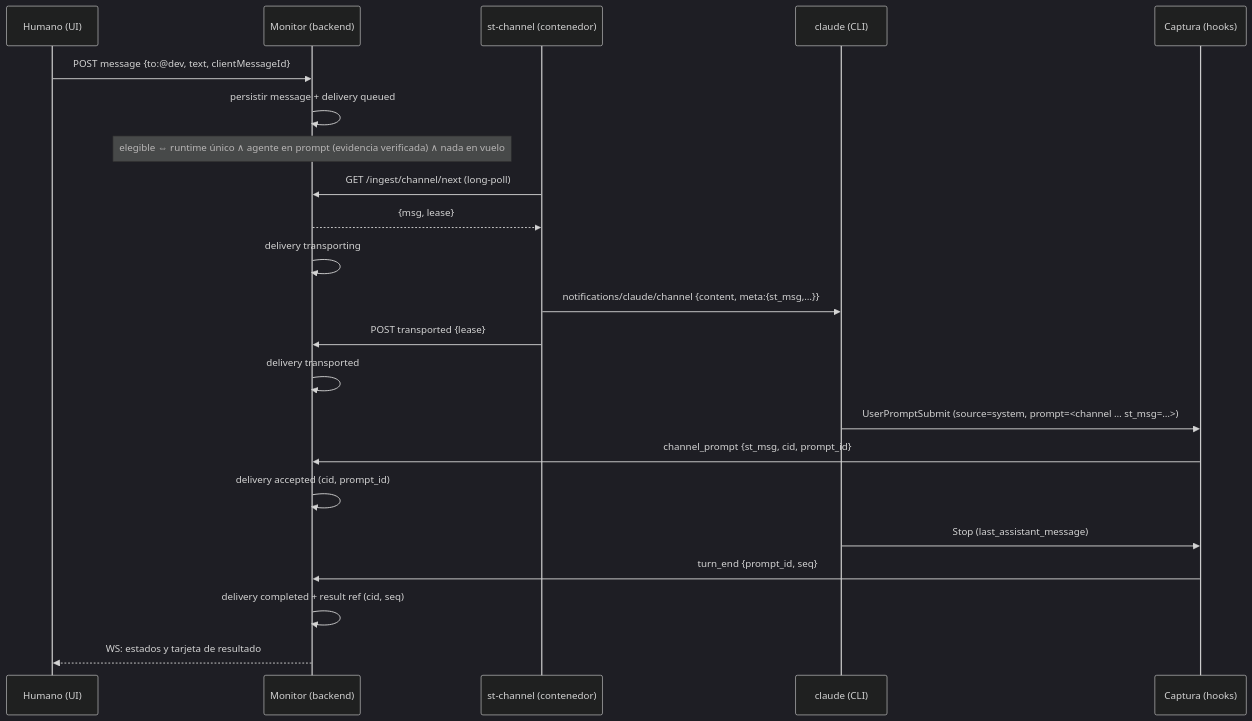
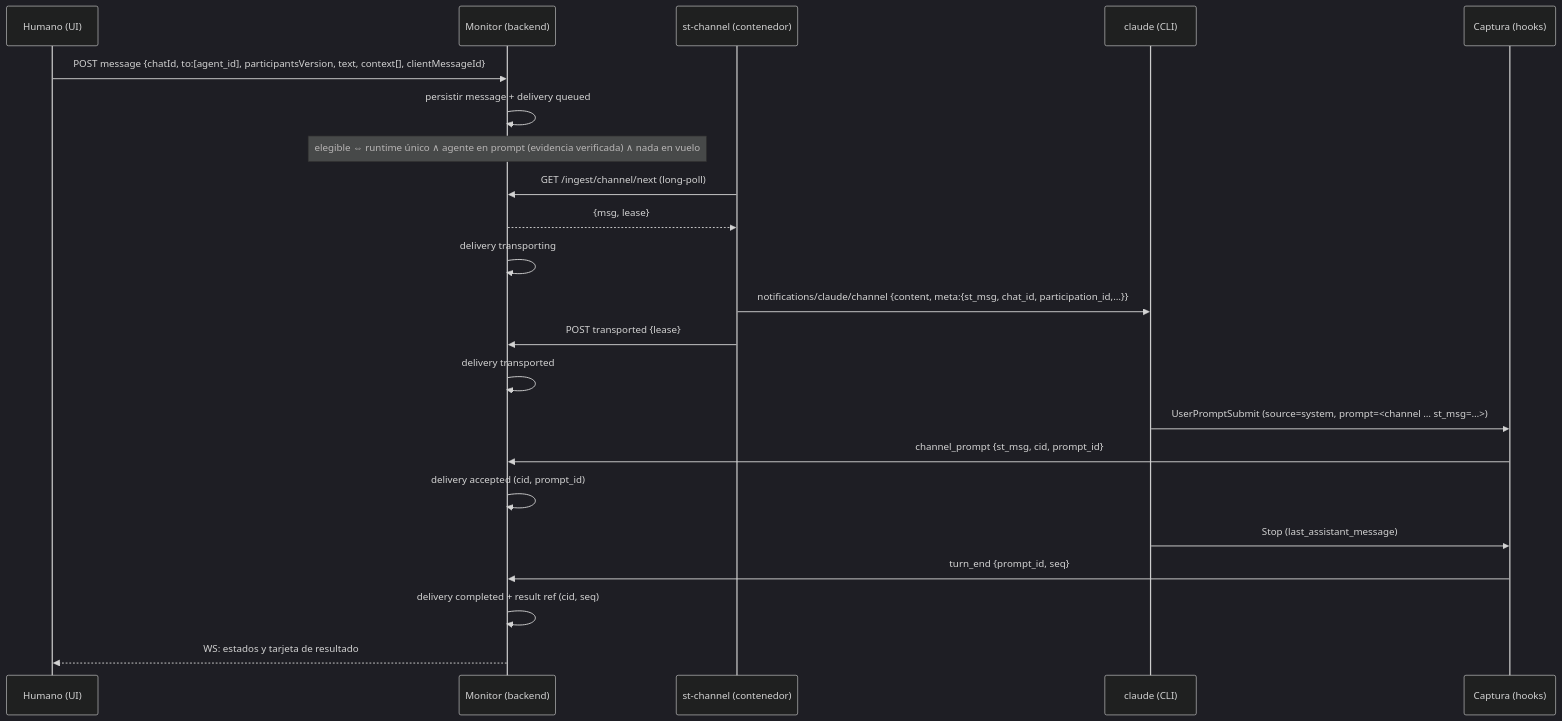
One commit to gatof81/shared-terminal changed the third of 3 diagrams in docs/design/project-chat/02-architecture-rfc.md. Above: the diagram before and after it, drawn with Mermaid (dark theme). The commit also changed other lines of this file and 6 other files, not shown here.

````diff
--- a/docs/design/project-chat/02-architecture-rfc.md
+++ b/docs/design/project-chat/02-architecture-rfc.md
@@ -214,24 +260,24 @@
 ```mermaid
 sequenceDiagram
   participant H as Humano (UI)
   participant M as Monitor (backend)
   participant S as st-channel (contenedor)
   participant C as claude (CLI)
   participant K as Captura (hooks)
-  H->>M: POST message {to:@dev, text, clientMessageId}
+  H->>M: POST message {chatId, to:[agent_id], participantsVersion, text, context[], clientMessageId}
   M->>M: persistir message + delivery queued
   Note over M: elegible ⇔ runtime único ∧ agente en prompt (evidencia verificada) ∧ nada en vuelo
   S->>M: GET /ingest/channel/next (long-poll)
   M-->>S: {msg, lease}
   M->>M: delivery transporting
-  S->>C: notifications/claude/channel {content, meta:{st_msg,…}}
+  S->>C: notifications/claude/channel {content, meta:{st_msg, chat_id, participation_id,…}}
   S->>M: POST transported {lease}
   M->>M: delivery transported
   C->>K: UserPromptSubmit (source=system, prompt=<channel … st_msg=…>)
   K->>M: channel_prompt {st_msg, cid, prompt_id}
   M->>M: delivery accepted (cid, prompt_id)
   C->>K: Stop (last_assistant_message)
   K->>M: turn_end {prompt_id, seq}
   M->>M: delivery completed + result ref (cid, seq)
   M-->>H: WS: estados y tarjeta de resultado
 ```
````
